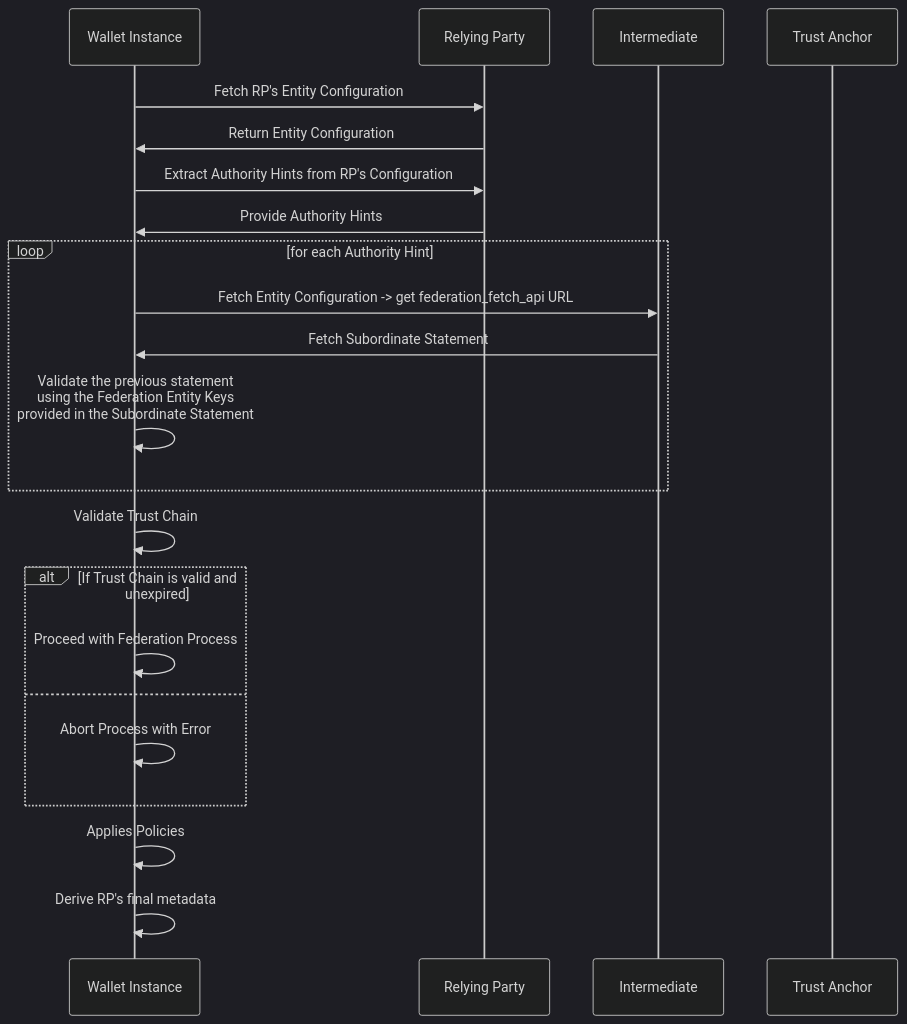
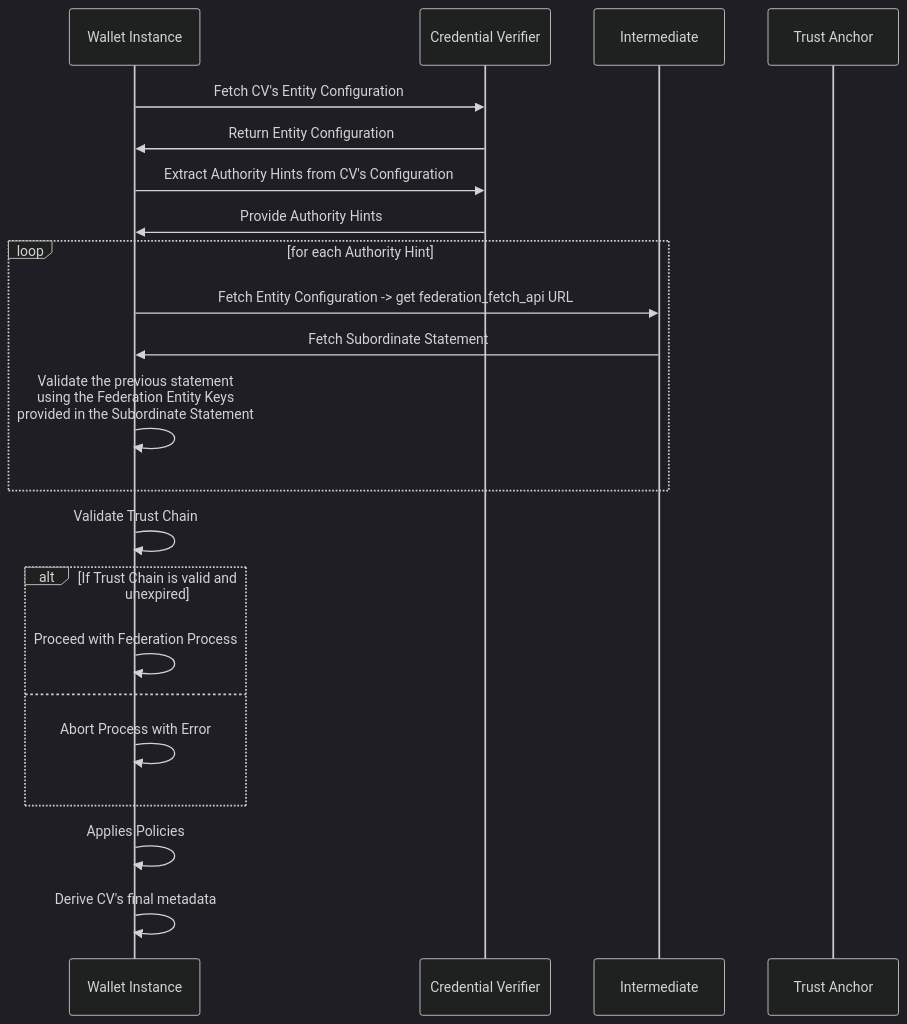
Before and after one commit to peppelinux/federation-wallet: the third of 3 diagrams in openid-federation-wallet-1_0.md, drawn with Mermaid (dark theme). The commit also changed other lines of this file, not shown here.

Commit message:
Rename openid_wallet_relying_party to openid_credential_verifier

`````diff
--- a/openid-federation-wallet-1_0.md
+++ b/openid-federation-wallet-1_0.md
@@ -416,30 +416,30 @@
 ````mermaid
 sequenceDiagram
     participant WalletInstance as Wallet Instance
-    participant RP as Relying Party
+    participant CV as Credential Verifier
     participant IE as Intermediate
     participant TA as Trust Anchor
 
-    WalletInstance->>RP: Fetch RP's Entity Configuration
-    RP->>WalletInstance: Return Entity Configuration
+    WalletInstance->>CV: Fetch CV's Entity Configuration
+    CV->>WalletInstance: Return Entity Configuration
 
-    WalletInstance->>RP: Extract Authority Hints from RP's Configuration
-    RP->>WalletInstance: Provide Authority Hints
+    WalletInstance->>CV: Extract Authority Hints from CV's Configuration
+    CV->>WalletInstance: Provide Authority Hints
 
     loop for each Authority Hint
         WalletInstance->>IE: Fetch Entity Configuration -> get federation_fetch_api URL
         IE->>WalletInstance: Fetch Subordinate Statement
         WalletInstance->>WalletInstance: Validate the previous statement<br/>using the Federation Entity Keys<br/>provided in the Subordinate Statement
     end
 
     WalletInstance->>WalletInstance: Validate Trust Chain
 
     alt If Trust Chain is valid and unexpired
         WalletInstance->>WalletInstance: Proceed with Federation Process
     else
         WalletInstance->>WalletInstance: Abort Process with Error
     end
 
     WalletInstance->>WalletInstance: Applies Policies
-    WalletInstance->>WalletInstance: Derive RP's final metadata
+    WalletInstance->>WalletInstance: Derive CV's final metadata
 ````
`````
